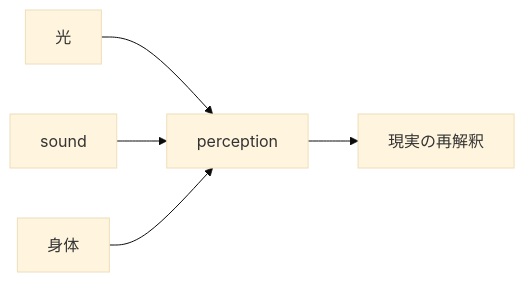
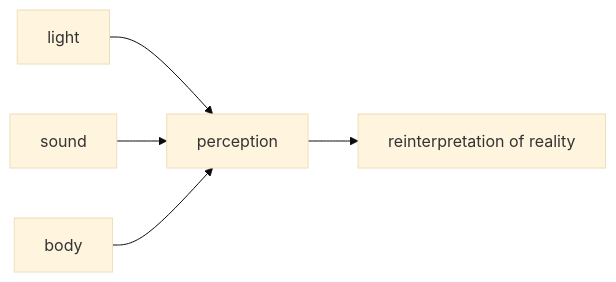
The diagram in en/_posts/2026-04-25-column-olafur-eliasson.md (monumental-movement/monumental-movement.github.io), drawn with Mermaid (base theme) before and after one commit. The commit also changed other lines of this file and 851 other files, not shown here.

```diff
--- a/en/_posts/2026-04-25-column-olafur-eliasson.md
+++ b/en/_posts/2026-04-25-column-olafur-eliasson.md
@@ -146,7 +146,7 @@
 <div class="mermaid">
 flowchart LR
-A[光] --> D[perception]
+A[light] --> D[perception]
 B[sound] --> D
-C[身体] --> D
-D --> E[現実の再解釈]
+C[body] --> D
+D --> E[reinterpretation of reality]
 </div>
```
